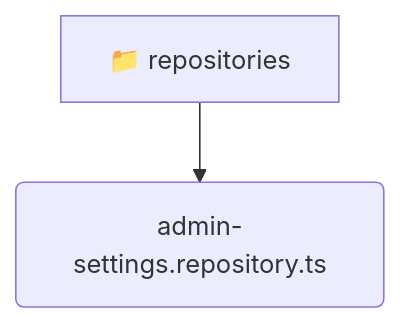
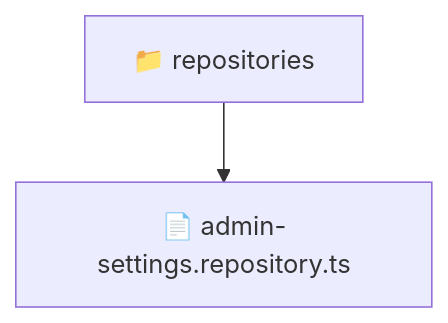
Before and after one commit to beginwebdev2002/fullstack-mavluda: the diagram in backend/src/modules/admin-settings/infrastructure/repositories/README.md, drawn with Mermaid. The commit also changed other lines of this file and 163 other files, not shown here.

````diff
--- a/backend/src/modules/admin-settings/infrastructure/repositories/README.md
+++ b/backend/src/modules/admin-settings/infrastructure/repositories/README.md
@@ -9,5 +10,5 @@
 ```mermaid
 graph TD
-  repositories[📁 repositories]
-  repositories --> repositories_admin_settings_repository_ts(admin-settings.repository.ts)
+  Root["📁 repositories"]
+  Root --> adminsettingsrepositoryts["📄 admin-settings.repository.ts"]
 ```
````
